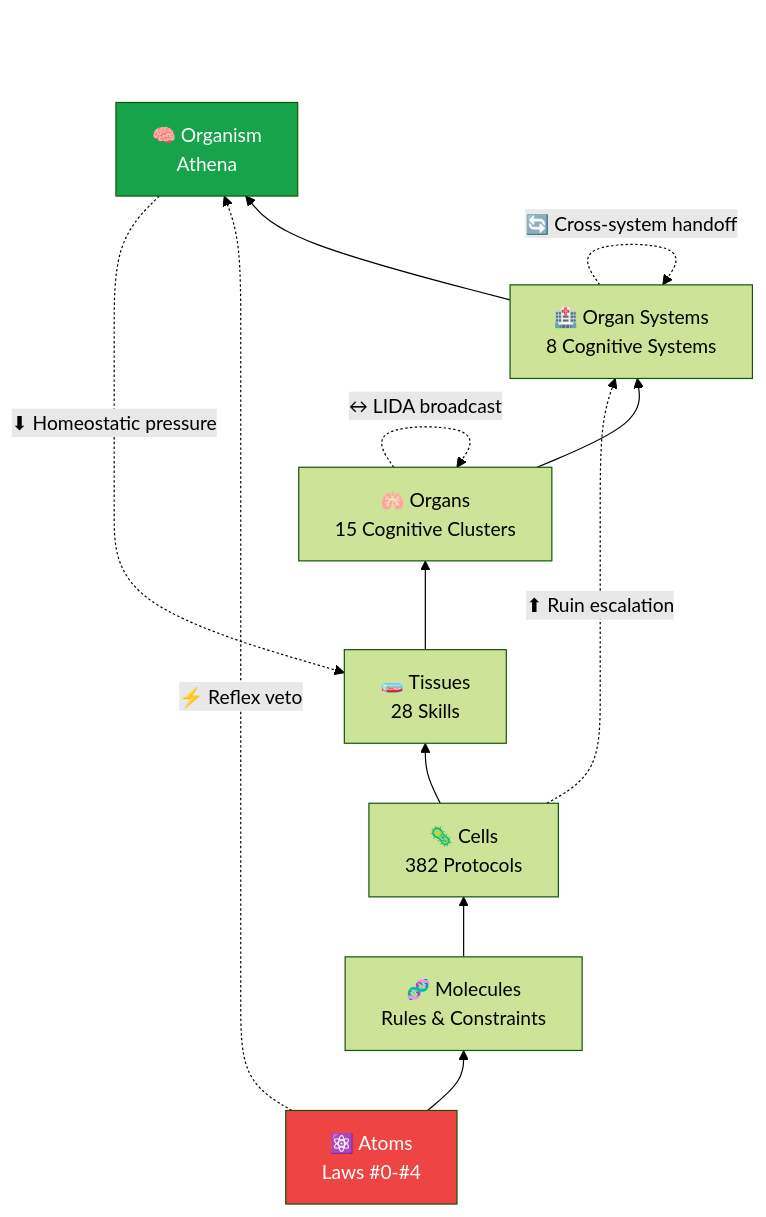
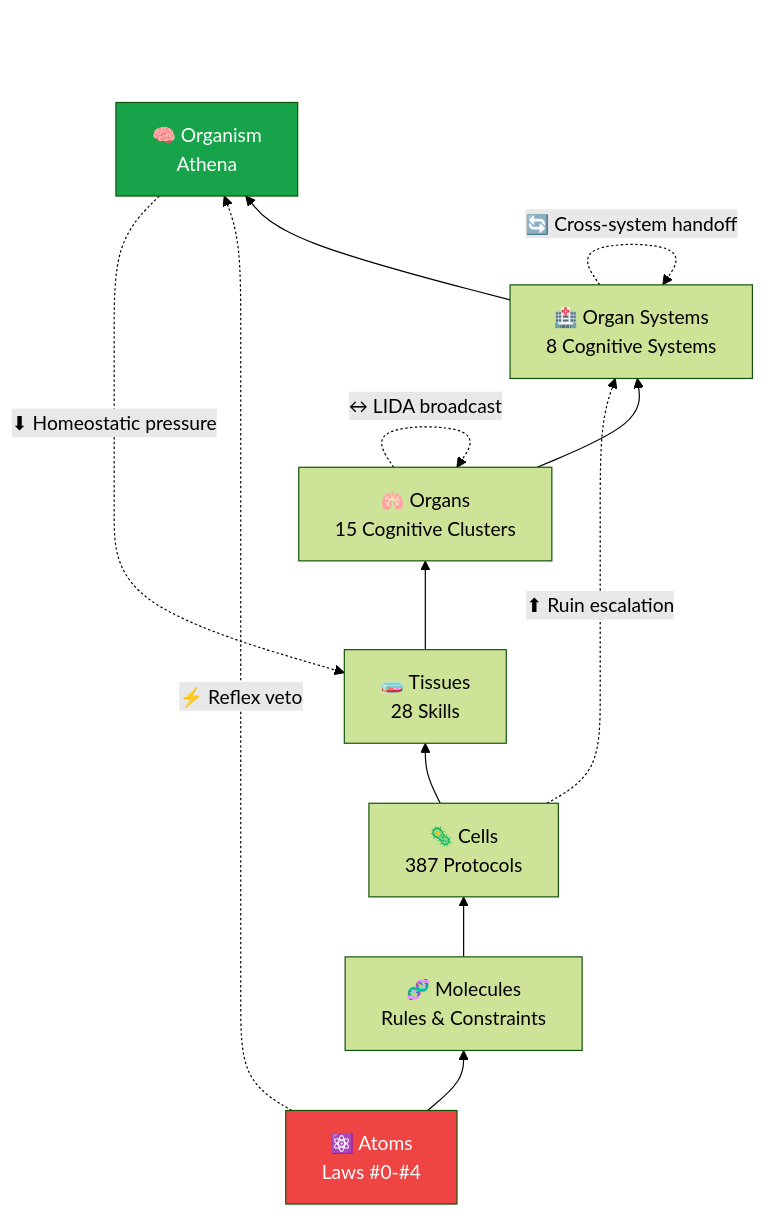
The second of 9 diagrams in docs/ARCHITECTURE.md (agent-memory-atlas-archive/winstonkoh87--Athena-Public), drawn with Mermaid (forest theme) before and after one commit. The commit also changed other lines of this file and 6 other files, not shown here.

````diff
--- a/docs/ARCHITECTURE.md
+++ b/docs/ARCHITECTURE.md
@@ -184,19 +184,19 @@
 ```mermaid
 graph BT
     L1["⚛️ Atoms<br/>Laws #0-#4"] --> L2["🧬 Molecules<br/>Rules & Constraints"]
-    L2 --> L3["🦠 Cells<br/>382 Protocols"]
+    L2 --> L3["🦠 Cells<br/>387 Protocols"]
     L3 --> L4["🧫 Tissues<br/>28 Skills"]
     L4 --> L5["🫁 Organs<br/>15 Cognitive Clusters"]
     L5 --> L6["🏥 Organ Systems<br/>8 Cognitive Systems"]
     L6 --> L7["🧠 Organism<br/>Athena"]
 
     %% Non-linear connections (the mesh)
     L1 -.->|"⚡ Reflex veto"| L7
     L5 -.->|"↔ LIDA broadcast"| L5
     L6 -.->|"🔄 Cross-system handoff"| L6
     L7 -.->|"⬇ Homeostatic pressure"| L4
     L3 -.->|"⬆ Ruin escalation"| L6
 
     style L1 fill:#ef4444,color:#fff
     style L7 fill:#16a34a,color:#fff
 ```
````
